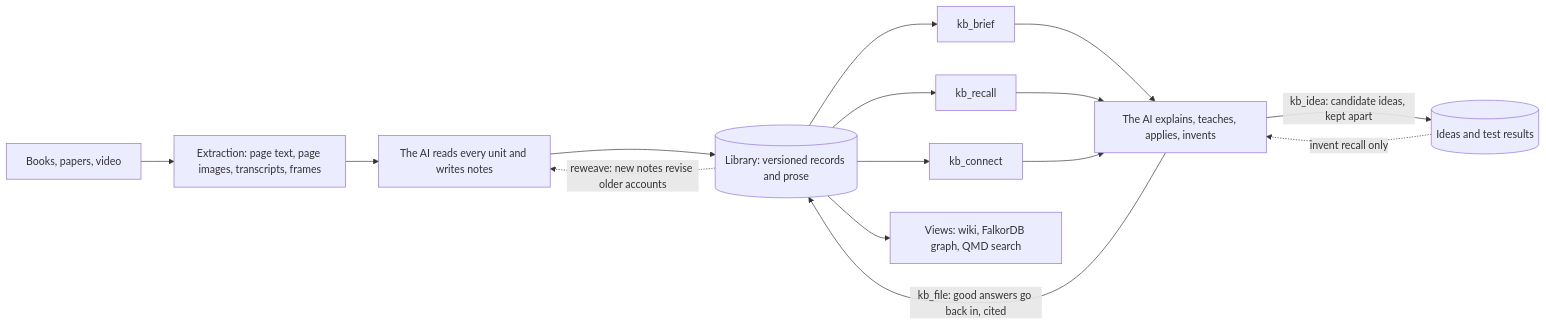
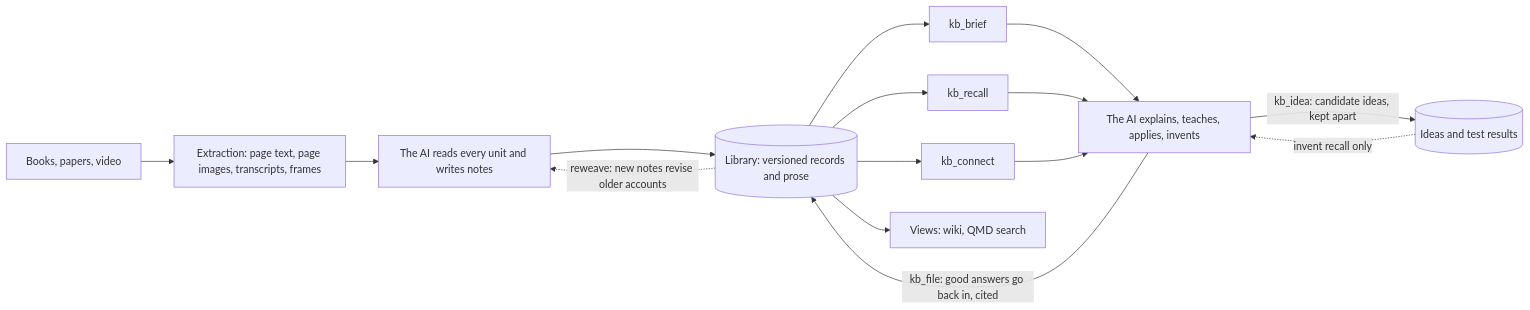
Before and after one commit to Barncore/know-fu: the diagram in README.md, drawn with Mermaid. The commit also changed other lines of this file and 38 other files, not shown here.

````diff
--- a/README.md
+++ b/README.md
@@ -19,17 +19,17 @@
 ```mermaid
 flowchart LR
   S[Books, papers, video] --> E[Extraction: page text, page images, transcripts, frames]
   E --> N[The AI reads every unit and writes notes]
   N --> L[(Library: versioned records and prose)]
   L -. reweave: new notes revise older accounts .-> N
   L --> B[kb_brief]
   L --> R[kb_recall]
   L --> C[kb_connect]
   B --> A[The AI explains, teaches, applies, invents]
   R --> A
   C --> A
   A -- kb_file: good answers go back in, cited --> L
   A -- kb_idea: candidate ideas, kept apart --> D[(Ideas and test results)]
   D -. invent recall only .-> A
-  L --> V[Views: wiki, FalkorDB graph, QMD search]
+  L --> V[Views: wiki, QMD search]
 ```
````
